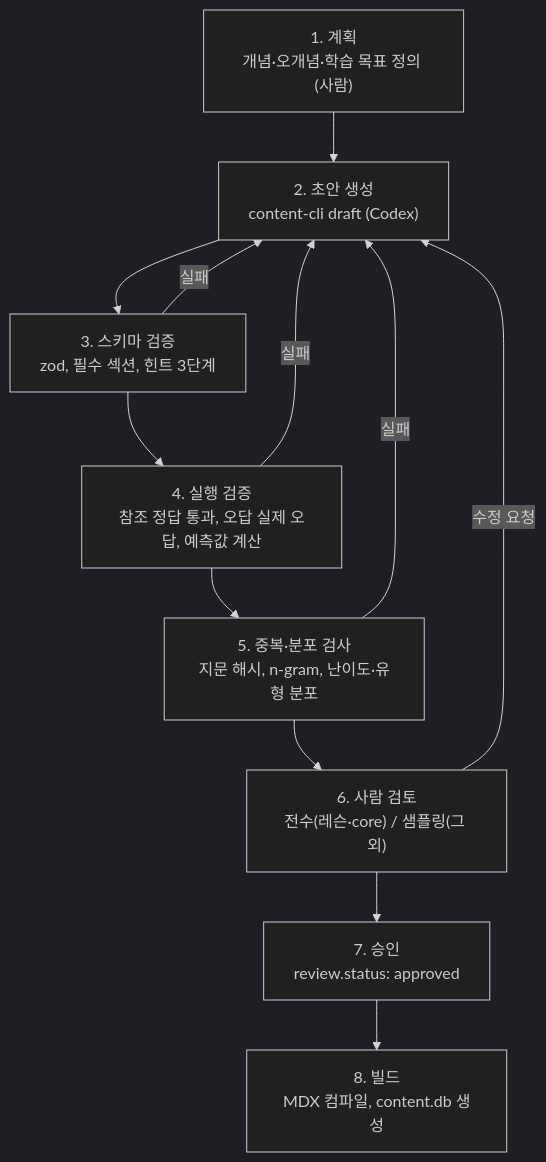
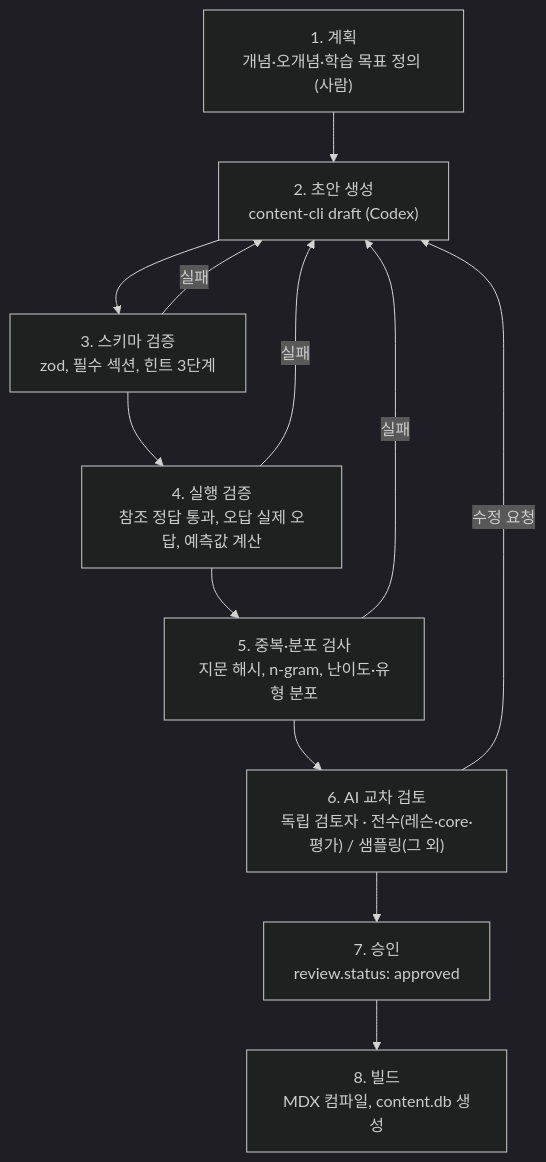
Before and after one commit to ProgInOne/javascript: the fourth of 6 diagrams in docs/design/content-and-exercises.md, drawn with Mermaid (dark theme). The commit also changed other lines of this file and 24 other files, not shown here.

````diff
--- a/docs/design/content-and-exercises.md
+++ b/docs/design/content-and-exercises.md
@@ -1534,14 +1568,14 @@
 ```mermaid
 flowchart TB
     P["1. 계획<br/>개념·오개념·학습 목표 정의 (사람)"] --> D["2. 초안 생성<br/>content-cli draft (Codex)"]
     D --> S["3. 스키마 검증<br/>zod, 필수 섹션, 힌트 3단계"]
     S --> E["4. 실행 검증<br/>참조 정답 통과, 오답 실제 오답, 예측값 계산"]
     E --> U["5. 중복·분포 검사<br/>지문 해시, n-gram, 난이도·유형 분포"]
-    U --> R["6. 사람 검토<br/>전수(레슨·core) / 샘플링(그 외)"]
+    U --> R["6. AI 교차 검토<br/>독립 검토자 · 전수(레슨·core·평가) / 샘플링(그 외)"]
     R -- 수정 요청 --> D
     R --> A["7. 승인<br/>review.status: approved"]
     A --> B["8. 빌드<br/>MDX 컴파일, content.db 생성"]
     S -- 실패 --> D
     E -- 실패 --> D
     U -- 실패 --> D
 ```
````
